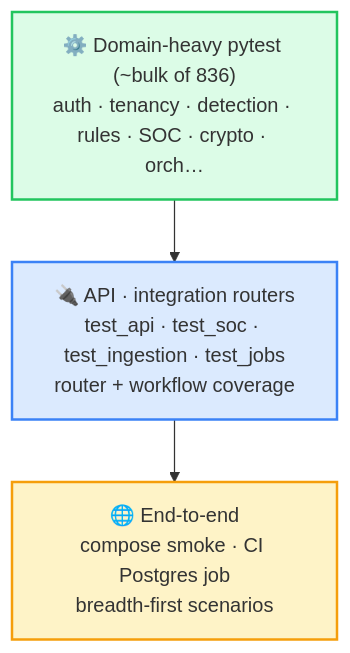
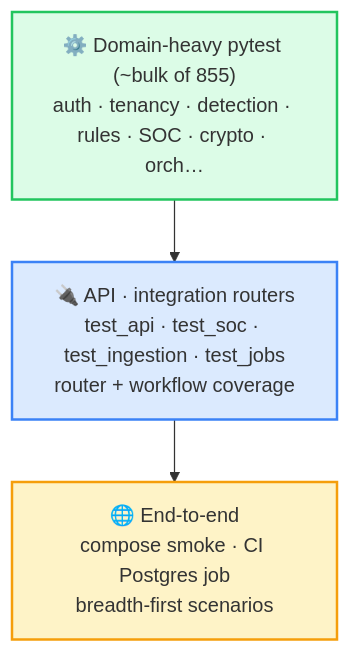
Diagram 18 of 19 in README.md (omarbabba779xx/CyberTwin-SOC), drawn with Mermaid before and after one commit. The commit also changed other lines of this file and 28 other files, not shown here.

````diff
--- a/README.md
+++ b/README.md
@@ -1240,15 +1298,15 @@
 ```mermaid
 flowchart TB
     E2E["🌐 End-to-end<br/>compose smoke · CI Postgres job<br/>breadth-first scenarios"]
     API["🔌 API · integration routers<br/>test_api · test_soc · test_ingestion · test_jobs<br/>router + workflow coverage"]
-    UNIT["⚙️ Domain-heavy pytest (~bulk of 836)<br/>auth · tenancy · detection · rules · SOC · crypto · orch…"]
+    UNIT["⚙️ Domain-heavy pytest (~bulk of 855)<br/>auth · tenancy · detection · rules · SOC · crypto · orch…"]
 
     UNIT --> API --> E2E
 
     classDef u fill:#dcfce7,stroke:#22c55e,stroke-width:2px
     classDef a fill:#dbeafe,stroke:#3b82f6,stroke-width:2px
     classDef e fill:#fef3c7,stroke:#f59e0b,stroke-width:2px
     class UNIT u
     class API a
     class E2E e
 ```
````
